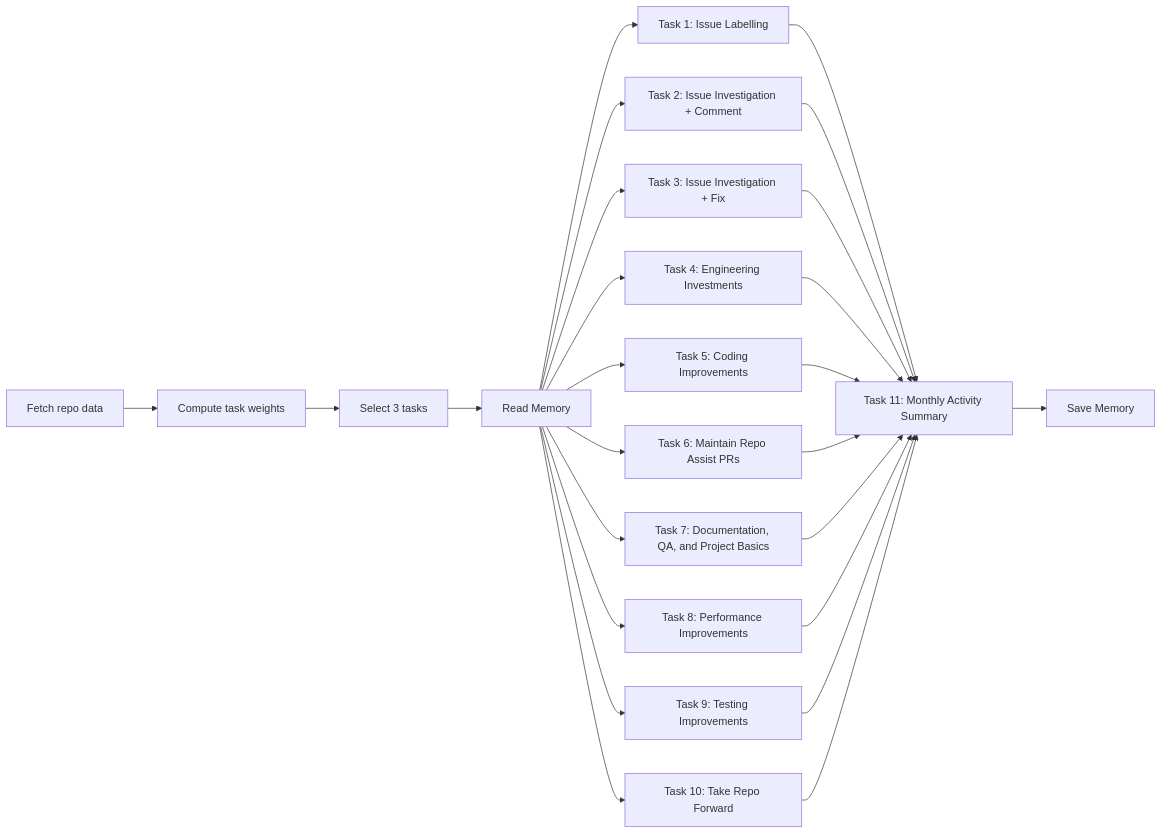
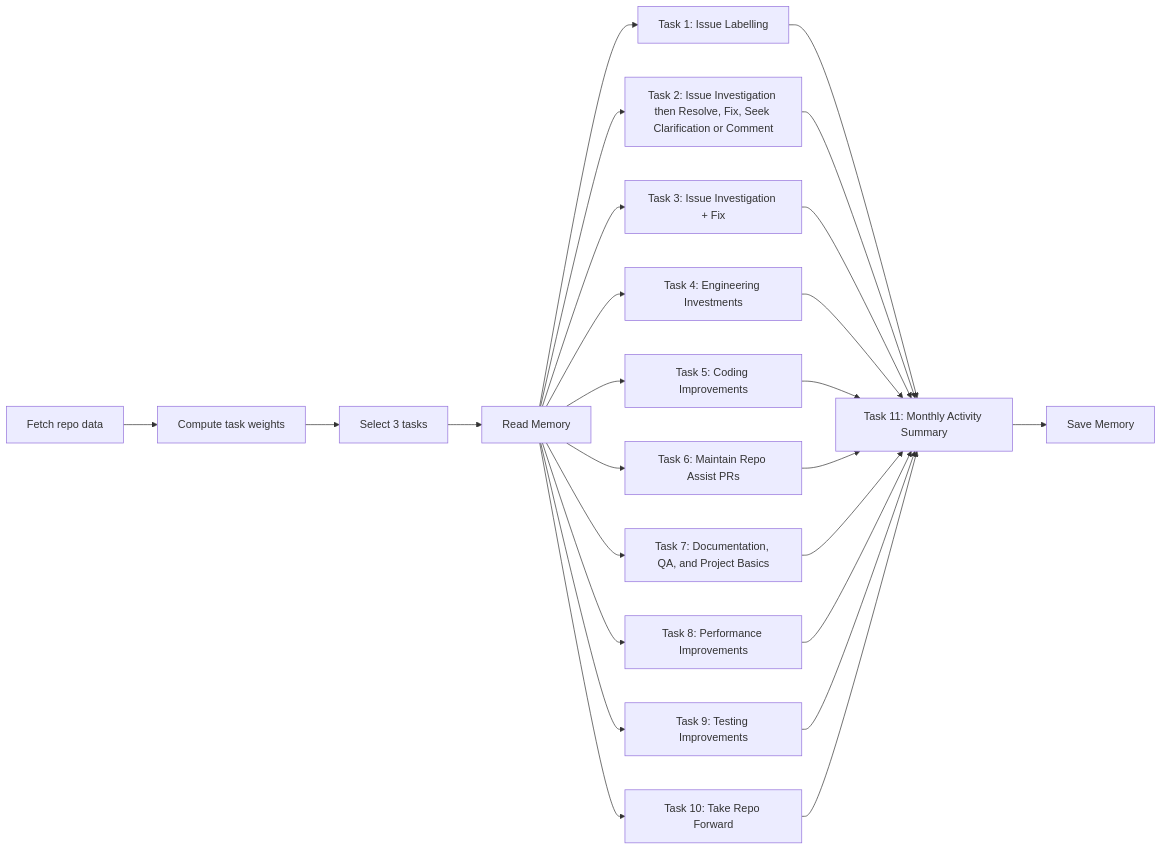
The diagram in docs/repo-assist.md (githubnext/agentics), drawn with Mermaid before and after one commit. The commit also changed other lines of this file and 9 other files, not shown here.

`````diff
--- a/docs/repo-assist.md
+++ b/docs/repo-assist.md
@@ -21,18 +21,18 @@
 ````mermaid
 graph LR
     P[Fetch repo data] --> W[Compute task weights]
     W --> S[Select 3 tasks]
     S --> A[Read Memory]
     A --> T1[Task 1: Issue Labelling]
-    A --> T2[Task 2: Issue Investigation + Comment]
+    A --> T2[Task 2: Issue Investigation then Resolve, Fix, Seek Clarification or Comment]
     A --> T3[Task 3: Issue Investigation + Fix]
     A --> T4[Task 4: Engineering Investments]
     A --> T5[Task 5: Coding Improvements]
     A --> T6[Task 6: Maintain Repo Assist PRs]
     A --> T7[Task 7: Documentation, QA, and Project Basics]
     A --> T8[Task 8: Performance Improvements]
     A --> T9[Task 9: Testing Improvements]
     A --> T10[Task 10: Take Repo Forward]
     T1 & T2 & T3 & T4 & T5 & T6 & T7 & T8 & T9 & T10 --> T11[Task 11: Monthly Activity Summary]
     T11 --> M[Save Memory]
 ````
`````
